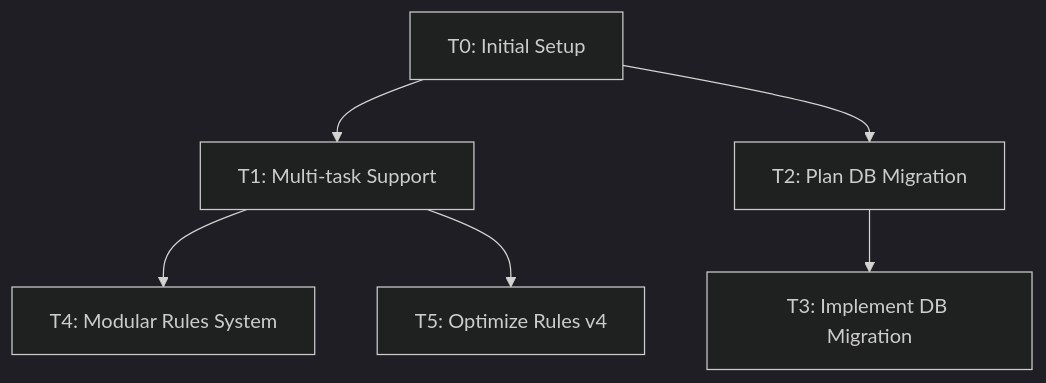
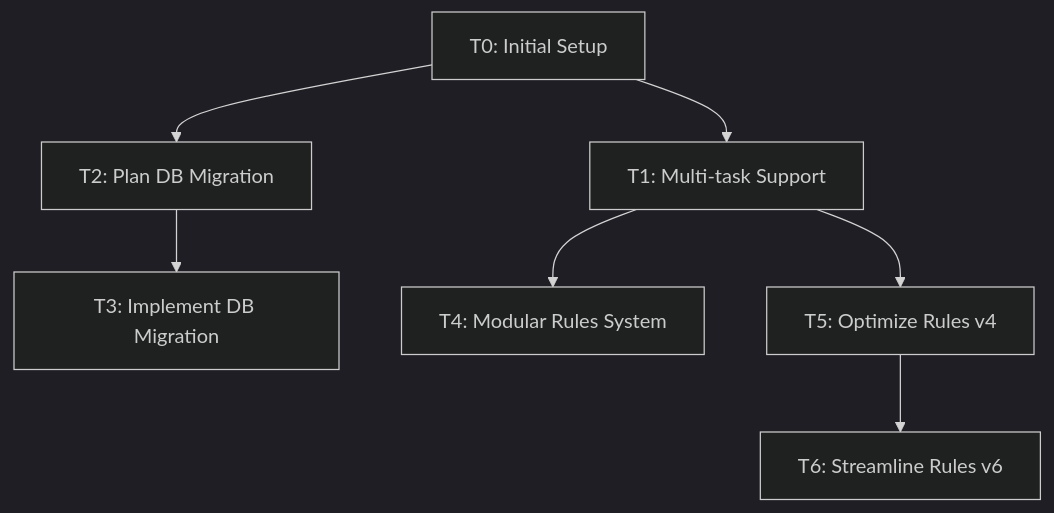
One commit to space-cadet/memory-bank changed the diagram in memory-bank/tasks.md. Above: the diagram before and after it, drawn with Mermaid (dark theme). The commit also changed other lines of this file and 3 other files, not shown here.

````diff
--- a/memory-bank/tasks.md
+++ b/memory-bank/tasks.md
@@ -87,15 +88,17 @@
 ```mermaid
 graph TD
     T0[T0: Initial Setup]
     T1[T1: Multi-task Support]
     T2[T2: Plan DB Migration]
     T3[T3: Implement DB Migration]
     T4[T4: Modular Rules System]
     T5[T5: Optimize Rules v4]
+    T6[T6: Streamline Rules v6]
 
     T0 --> T1
     T0 --> T2
     T2 --> T3
     T1 --> T4
     T1 --> T5
+    T5 --> T6
 ```
````
